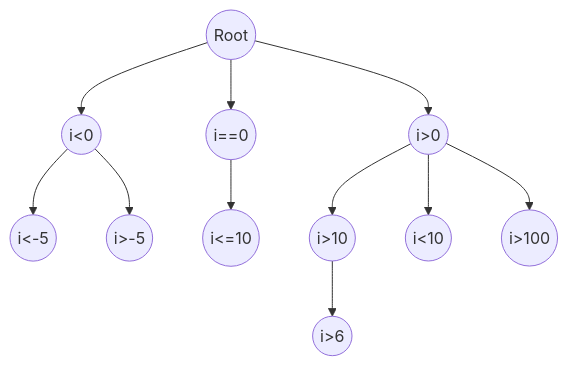
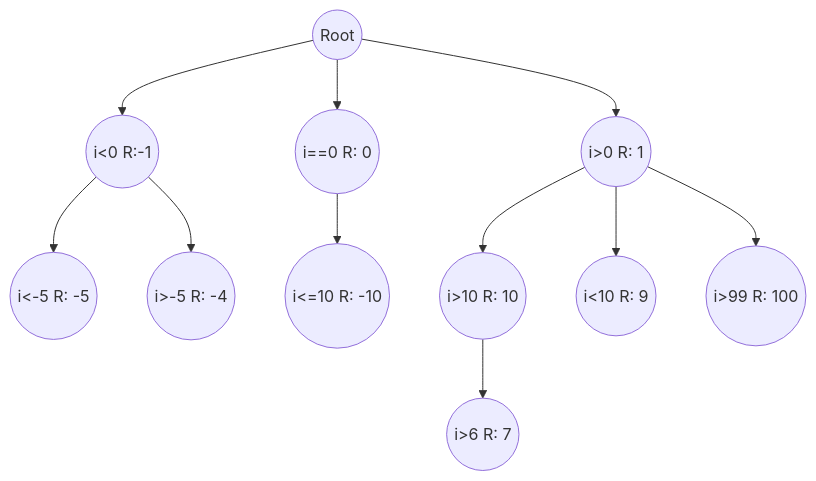
One commit to Eomm/choose-it changed the diagram in docs/tree.mermaid. Above: the diagram before and after it, drawn with Mermaid. The commit also changed 7 other files, not shown here.

```diff
--- a/docs/tree.mermaid
+++ b/docs/tree.mermaid
@@ -1,11 +1,11 @@
 graph TD;
-ROOT((Root))-->A((i<0));
-ROOT-->B((i==0));
-ROOT-->C((i>0));
-A-->A1((i<-5));
-A-->A2((i>-5));
-B-->B1((i<=10));
-C-->C1((i>10));
-C-->C2((i<10));
-C-->C3((i>100));
-C1-->C11((i>6));
+ROOT((Root))-->A((i<0 R:-1));
+ROOT-->B((i==0 R: 0));
+ROOT-->C((i>0 R: 1));
+A-->A1((i<-5 R: -5));
+A-->A2((i>-5 R: -4));
+B-->B1((i<=10 R: -10));
+C-->C1((i>10 R: 10));
+C-->C2((i<10 R: 9));
+C-->C3((i>99 R: 100));
+C1-->C11((i>6 R: 7));
```
